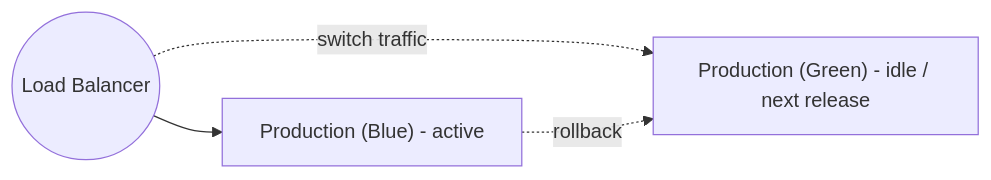
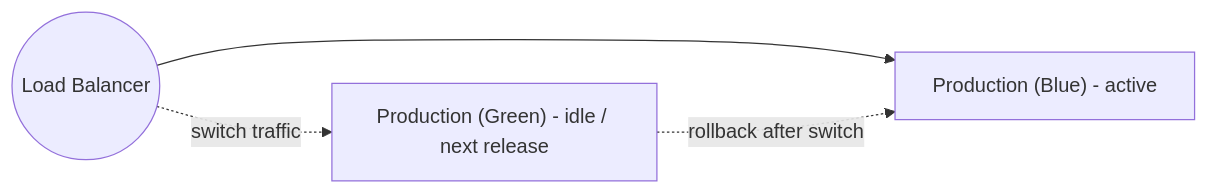
One commit to bassemZohdy/arch-skills changed the first of 4 diagrams in skills/arch-devops/SKILL.md. Above: the diagram before and after it, drawn with Mermaid. The commit also changed other lines of this file and 64 other files, not shown here.

````diff
--- a/skills/arch-devops/SKILL.md
+++ b/skills/arch-devops/SKILL.md
@@ -91,9 +89,9 @@
 ```mermaid
 graph LR
     LB((Load Balancer))
     Blue["Production (Blue) - active"]
     Green["Production (Green) - idle / next release"]
     LB --> Blue
     LB -. "switch traffic" .-> Green
-    Blue -. rollback .-> Green
+    Green -. "rollback after switch" .-> Blue
 ```
````
